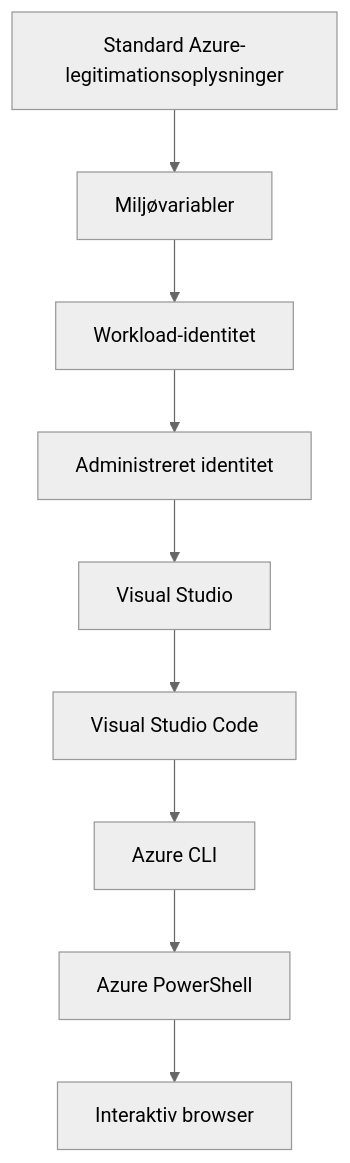
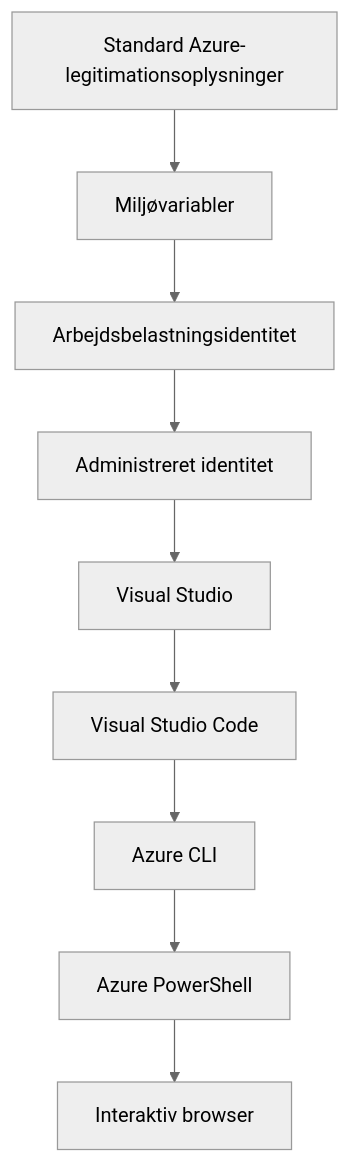
Before and after one commit to microsoft/AZD-for-beginners: the second of 2 diagrams in translations/da/docs/chapter-01-foundation/azd-basics.md, drawn with Mermaid (neutral theme). The commit also changed other lines of this file and 104 other files, not shown here.

````diff
--- a/translations/da/docs/chapter-01-foundation/azd-basics.md
+++ b/translations/da/docs/chapter-01-foundation/azd-basics.md
@@ -593,11 +608,11 @@
 ```mermaid
 graph TD
     A[Standard Azure-legitimationsoplysninger] --> B[Miljøvariabler]
-    B --> C[Workload-identitet]
+    B --> C[Arbejdsbelastningsidentitet]
     C --> D[Administreret identitet]
     D --> E[Visual Studio]
     E --> F[Visual Studio Code]
     F --> G[Azure CLI]
     G --> H[Azure PowerShell]
     H --> I[Interaktiv browser]
 ```
````
